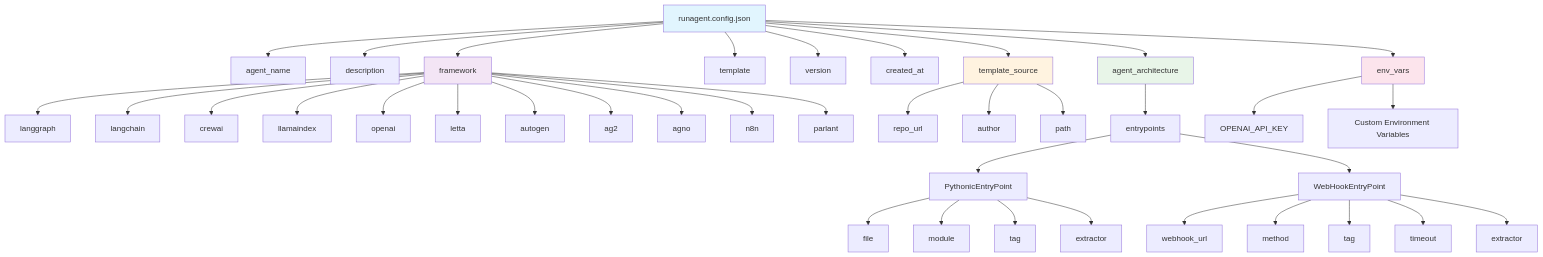
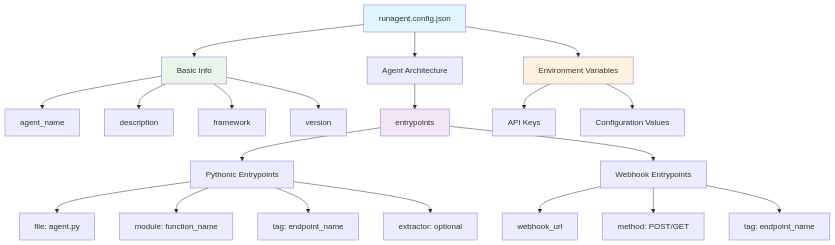
One commit to runagent-dev/runagent changed the diagram in README.md. Above: the diagram before and after it, drawn with Mermaid. The commit also changed other lines of this file, not shown here.

````diff
--- a/README.md
+++ b/README.md
@@ -90,52 +68,32 @@
 ```mermaid
 graph TD
-    A[runagent.config.json] --> B[agent_name]
-    A --> C[description]
-    A --> D[framework]
-    A --> E[template]
-    A --> F[version]
-    A --> G[created_at]
-    A --> H[template_source]
-    A --> I[agent_architecture]
-    A --> J[env_vars]
+    A[runagent.config.json] --> B[Basic Info]
+    A --> C[Agent Architecture]
+    A --> D[Environment Variables]
     
-    D --> D1[langgraph]
-    D --> D2[langchain]
-    D --> D3[crewai]
-    D --> D4[llamaindex]
-    D --> D5[openai]
-    D --> D6[letta]
-    D --> D7[autogen]
-    D --> D8[ag2]
-    D --> D9[agno]
-    D --> D10[n8n]
-    D --> D11[parlant]
+    B --> B1[agent_name]
+    B --> B2[description]
+    B --> B3[framework]
+    B --> B4[version]
     
-    H --> H1[repo_url]
-    H --> H2[author]
-    H --> H3[path]
+    C --> C1[entrypoints]
+    C1 --> C2[Pythonic Entrypoints]
+    C1 --> C3[Webhook Entrypoints]
     
-    I --> I1[entrypoints]
-    I1 --> I2[PythonicEntryPoint]
-    I1 --> I3[WebHookEntryPoint]
+    C2 --> C2A[file: agent.py]
+    C2 --> C2B[module: function_name]
+    C2 --> C2C[tag: endpoint_name]
+    C2 --> C2D[extractor: optional]
     
-    I2 --> I2A[file]
-    I2 --> I2B[module]
-    I2 --> I2C[tag]
-    I2 --> I2D[extractor]
+    C3 --> C3A[webhook_url]
+    C3 --> C3B[method: POST/GET]
+    C3 --> C3C[tag: endpoint_name]
     
-    I3 --> I3A[webhook_url]
-    I3 --> I3B[method]
-    I3 --> I3C[tag]
-    I3 --> I3D[timeout]
-    I3 --> I3E[extractor]
-    
-    J --> J1[OPENAI_API_KEY]
-    J --> J2[Custom Environment Variables]
+    D --> D1[API Keys]
+    D --> D2[Configuration Values]
     
     style A fill:#e1f5fe
-    style D fill:#f3e5f5
-    style I fill:#e8f5e8
-    style H fill:#fff3e0
-    style J fill:#fce4ec
+    style C1 fill:#f3e5f5
+    style B fill:#e8f5e8
+    style D fill:#fff3e0
 ```
````
